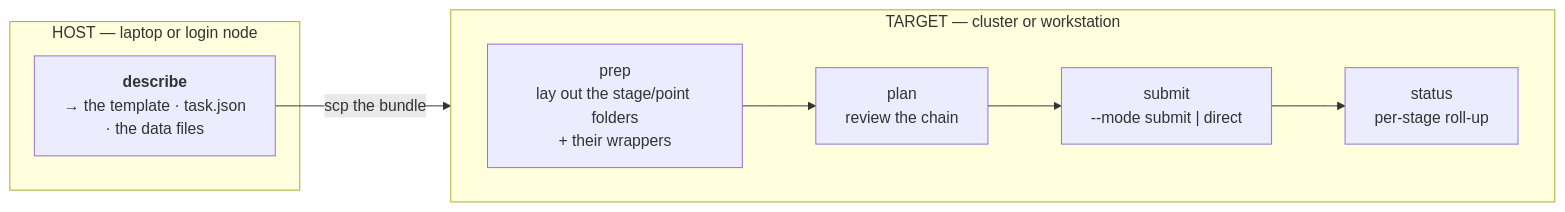
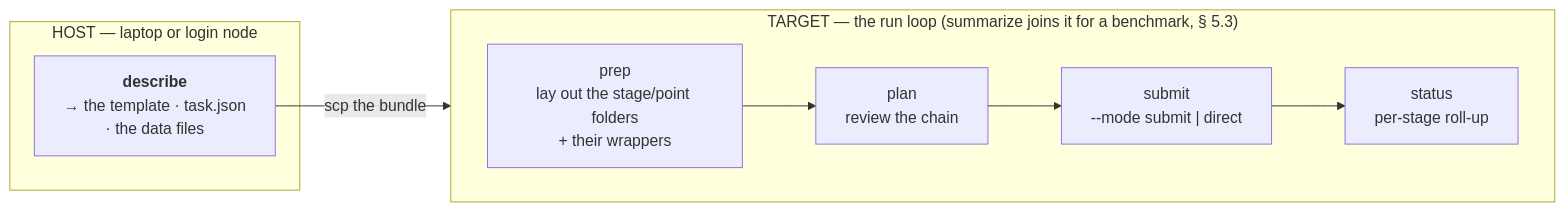
One commit to Qing-LAB/molbuilder changed the fifth of 9 diagrams in docs/execution/job-system.md. Above: the diagram before and after it, drawn with Mermaid. The commit also changed other lines of this file and 1 other file, not shown here.

````diff
--- a/docs/execution/job-system.md
+++ b/docs/execution/job-system.md
@@ -594,15 +611,15 @@
 ```mermaid
 flowchart LR
     subgraph host["HOST — laptop or login node"]
       P["<b>describe</b><br/>→ the template · task.json<br/>· the data files"]
     end
-    subgraph target["TARGET — cluster or workstation"]
+    subgraph target["TARGET — the run loop (summarize joins it for a benchmark, § 5.3)"]
       direction LR
       PR["prep<br/>lay out the stage/point folders<br/>+ their wrappers"]
       PL["plan<br/>review the chain"]
       SU["submit<br/>--mode submit | direct"]
       ST["status<br/>per-stage roll-up"]
       PR --> PL --> SU --> ST
     end
     P -->|"scp the bundle"| PR
 ```
````
